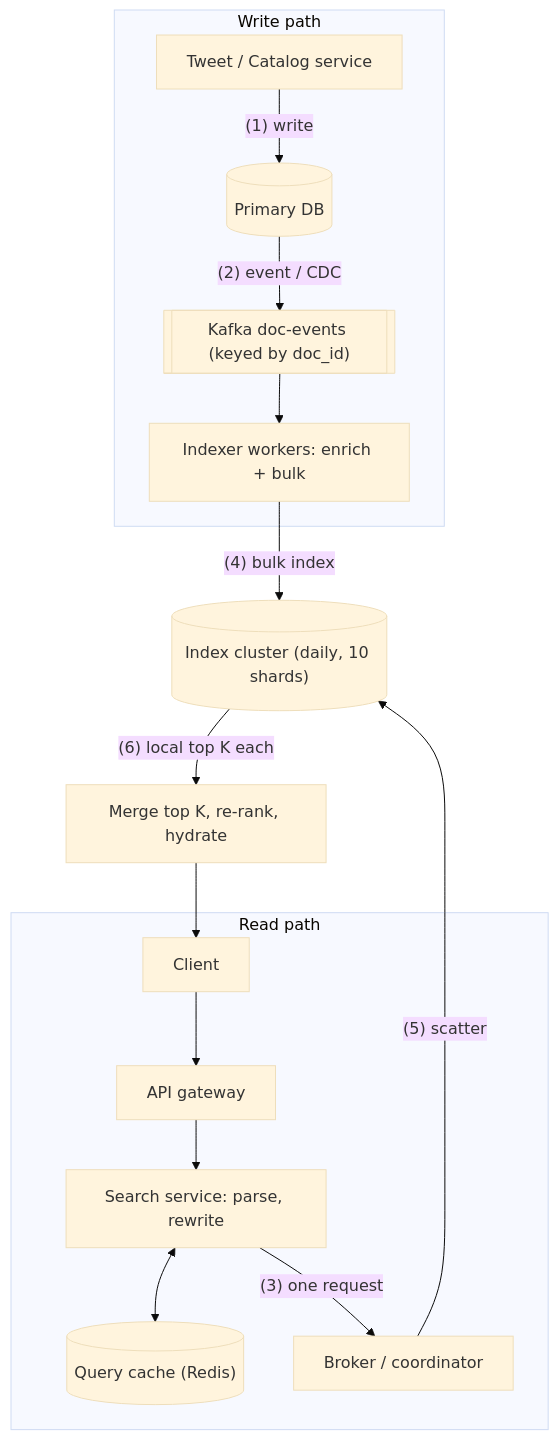
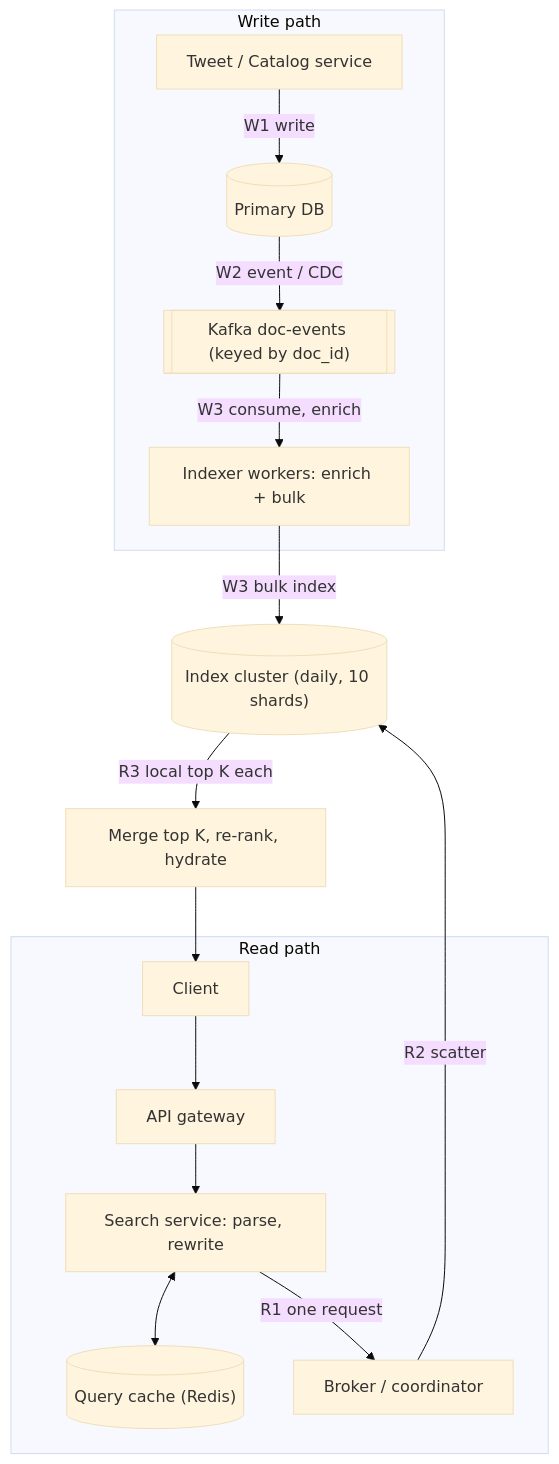
Before and after one commit to amanleloush/STACKTRACE: the first of 3 diagrams in src/content/notes/07-hld-problems/hld-search-service.mdx, drawn with Mermaid (base theme). The commit also changed other lines of this file and 36 other files, not shown here.

First line of the commit message:
Class/state diagrams for all LLD notes; fix 17 text/diagram inconsistencies

````diff
--- a/src/content/notes/07-hld-problems/hld-search-service.mdx
+++ b/src/content/notes/07-hld-problems/hld-search-service.mdx
@@ -111,18 +111,18 @@
 ```mermaid
 flowchart TB
   subgraph write["Write path"]
-    tsvc["Tweet / Catalog service"] -->|"(1) write"| db[("Primary DB")]
-    db -->|"(2) event / CDC"| kafka[["Kafka doc-events (keyed by doc_id)"]]
-    kafka --> idx["Indexer workers: enrich + bulk"]
+    tsvc["Tweet / Catalog service"] -->|"W1 write"| db[("Primary DB")]
+    db -->|"W2 event / CDC"| kafka[["Kafka doc-events (keyed by doc_id)"]]
+    kafka -->|"W3 consume, enrich"| idx["Indexer workers: enrich + bulk"]
   end
   subgraph read["Read path"]
     client["Client"] --> gw["API gateway"]
     gw --> search["Search service: parse, rewrite"]
     search <--> cache[("Query cache (Redis)")]
-    search -->|"(3) one request"| broker["Broker / coordinator"]
+    search -->|"R1 one request"| broker["Broker / coordinator"]
   end
-  idx -->|"(4) bulk index"| cluster[("Index cluster (daily, 10 shards)")]
-  broker -->|"(5) scatter"| cluster
-  cluster -->|"(6) local top K each"| merge["Merge top K, re-rank, hydrate"]
+  idx -->|"W3 bulk index"| cluster[("Index cluster (daily, 10 shards)")]
+  broker -->|"R2 scatter"| cluster
+  cluster -->|"R3 local top K each"| merge["Merge top K, re-rank, hydrate"]
   merge --> client
 ```
````
